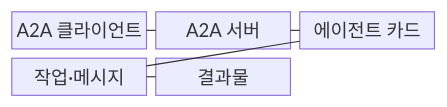
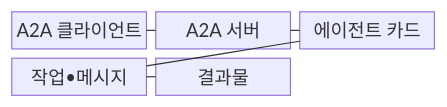
The first of 2 diagrams in src/content/docs/notes/08-latest-tech/012_agent_to_agent_protocol.md (agnusdei1207/knowledge-base), drawn with Mermaid before and after one commit. The commit also changed other lines of this file and 953 other files, not shown here.

````diff
--- a/src/content/docs/notes/08-latest-tech/012_agent_to_agent_protocol.md
+++ b/src/content/docs/notes/08-latest-tech/012_agent_to_agent_protocol.md
@@ -71,13 +71,13 @@
 ```mermaid
 block-beta
     columns 3
     C["A2A 클라이언트"]
     S["A2A 서버"]
     D["에이전트 카드"]
-    T["작업·메시지"]
+    T["작업•메시지"]
     A["결과물"]
     C --- S
     S --- D
     D --- T
     T --- A
 ```
````
